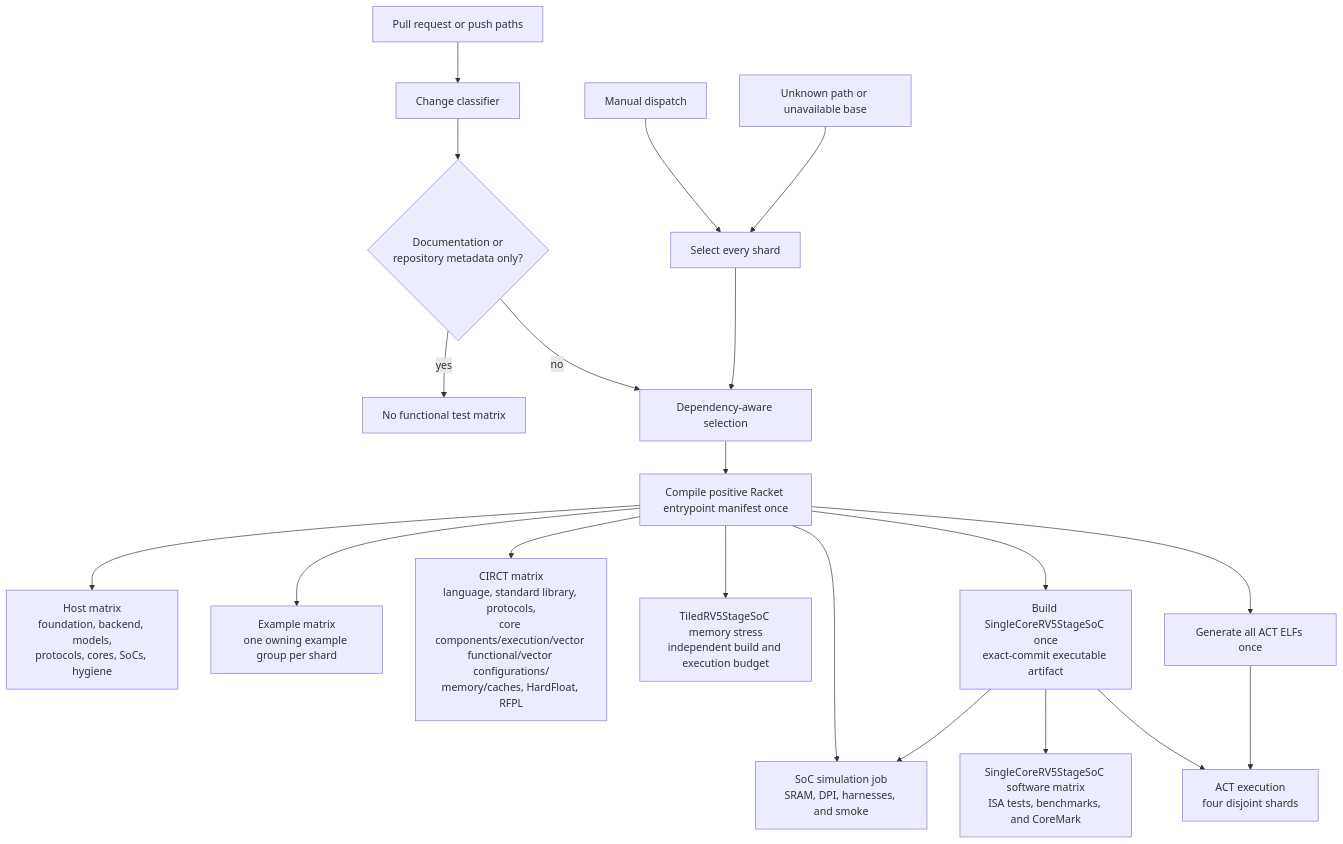
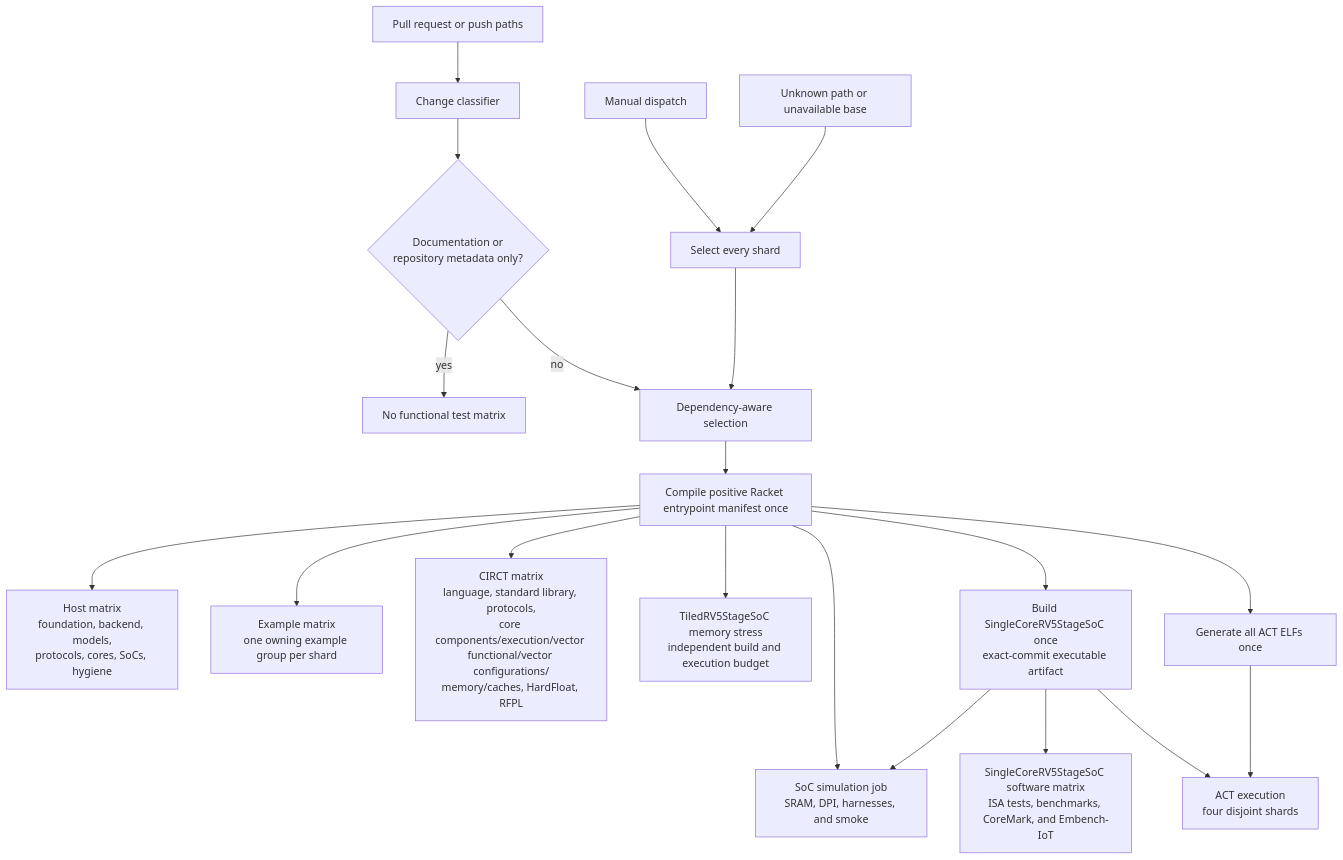
One commit to jerryz123/rhodium changed the diagram in tools/testing/DEVELOPING.md. Above: the diagram before and after it, drawn with Mermaid. The commit also changed other lines of this file and 17 other files, not shown here.

````diff
--- a/tools/testing/DEVELOPING.md
+++ b/tools/testing/DEVELOPING.md
@@ -76,22 +76,22 @@
 ```mermaid
 flowchart TD
     Changes["Pull request or push paths"] --> Classifier["Change classifier"]
     Manual["Manual dispatch"] --> All["Select every shard"]
     Unknown["Unknown path or unavailable base"] --> All
     Classifier --> Docs{"Documentation or<br/>repository metadata only?"}
     Docs -->|yes| None["No functional test matrix"]
     Docs -->|no| Selected["Dependency-aware selection"]
     All --> Selected
     Selected --> Compile["Compile positive Racket entrypoint manifest once"]
     Compile --> Host["Host matrix<br/>foundation, backend, models,<br/>protocols, cores, SoCs, hygiene"]
     Compile --> Examples["Example matrix<br/>one owning example group per shard"]
     Compile --> CIRCT["CIRCT matrix<br/>language, standard library, protocols,<br/>core components/execution/vector functional/vector configurations/<br/>memory/caches, HardFloat, RFPL"]
     Compile --> Simulation["SoC simulation job<br/>SRAM, DPI, harnesses, and smoke"]
     Compile --> TiledMemory["TiledRV5StageSoC memory stress<br/>independent build and execution budget"]
     Compile --> SimpleBuild["Build SingleCoreRV5StageSoC once<br/>exact-commit executable artifact"]
     SimpleBuild --> Simulation
-    SimpleBuild --> Programs["SingleCoreRV5StageSoC software matrix<br/>ISA tests, benchmarks, and CoreMark"]
+    SimpleBuild --> Programs["SingleCoreRV5StageSoC software matrix<br/>ISA tests, benchmarks, CoreMark, and Embench-IoT"]
     Compile --> ActBuild["Generate all ACT ELFs once"]
     SimpleBuild --> ActRun["ACT execution<br/>four disjoint shards"]
     ActBuild --> ActRun
 ```
````
